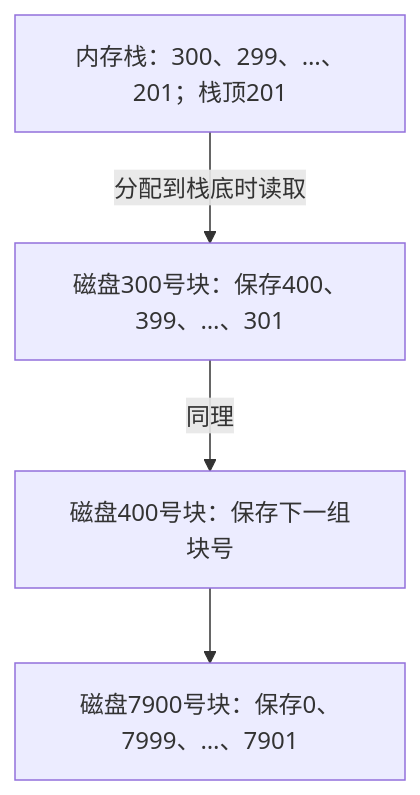
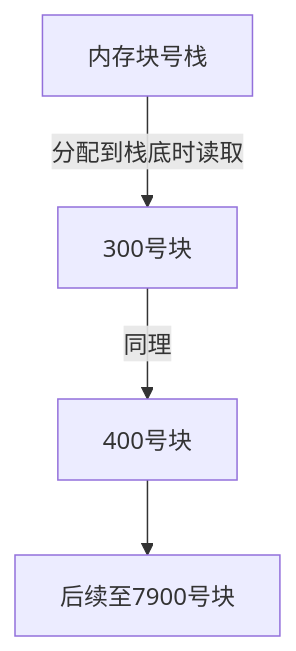
One commit to Pandamic987/Study changed the first of 3 diagrams in 知识点/408操作系统/成组链接法.md. Above: the diagram before and after it, drawn with Mermaid. The commit also changed other lines of this file, not shown here.

Commit message:
缩短流程图标签以改善手机阅读

````diff
--- a/知识点/408操作系统/成组链接法.md
+++ b/知识点/408操作系统/成组链接法.md
@@ -21,6 +21,6 @@
 ```mermaid
 flowchart TD
-    S["内存栈：300、299、…、201；栈顶201"] -->|"分配到栈底时读取"| B["磁盘300号块：保存400、399、…、301"]
-    B -->|"同理"| C["磁盘400号块：保存下一组块号"]
-    C --> T["磁盘7900号块：保存0、7999、…、7901"]
+    S["内存块号栈"] -->|"分配到栈底时读取"| B["300号块"]
+    B -->|"同理"| C["400号块"]
+    C --> T["后续至7900号块"]
 ```
````
